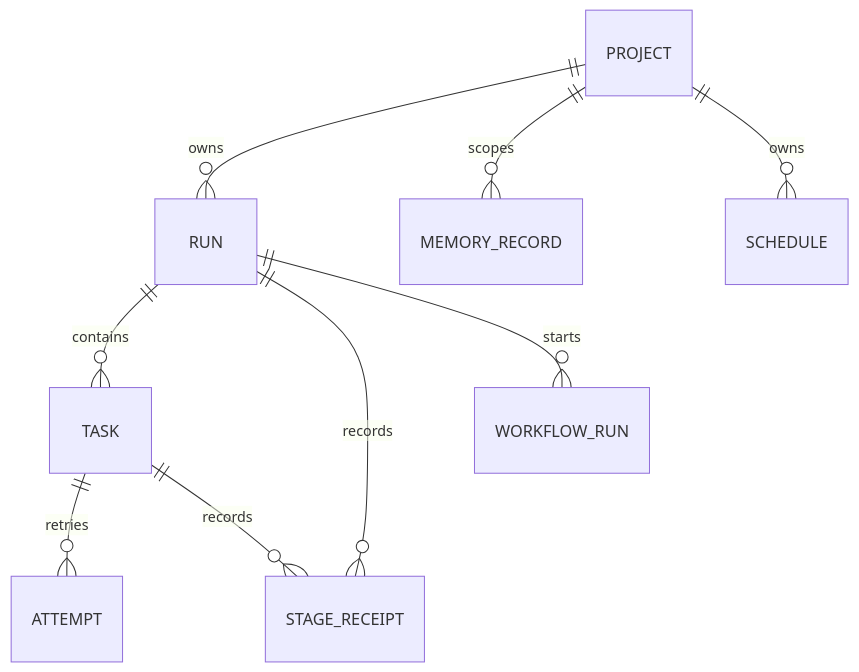
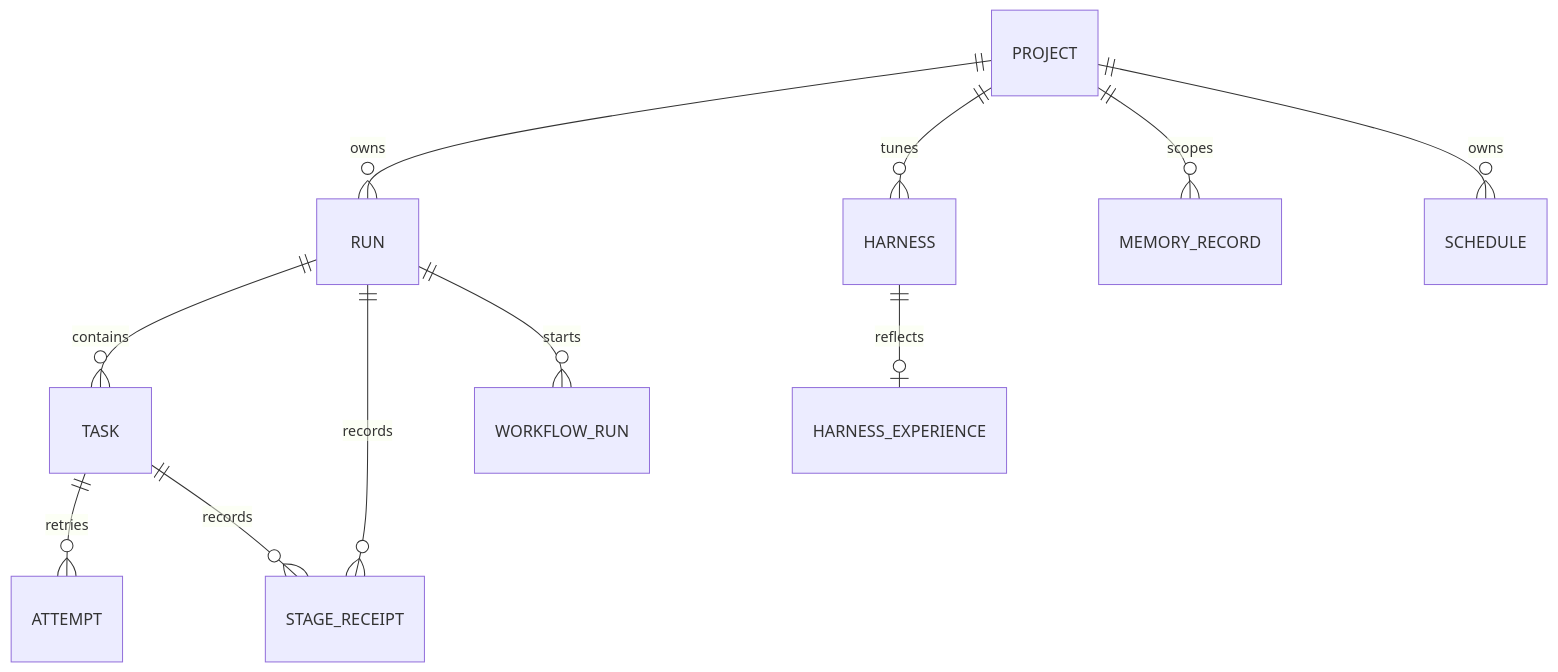
Before and after one commit to VKirill/bb-plugin-lane-pilot: the diagram in docs/data-model.md, drawn with Mermaid. The commit also changed other lines of this file and 15 other files, not shown here.

````diff
--- a/docs/data-model.md
+++ b/docs/data-model.md
@@ -30,11 +31,13 @@
 ```mermaid
 erDiagram
   PROJECT ||--o{ RUN : owns
   RUN ||--o{ TASK : contains
+  PROJECT ||--o{ HARNESS : tunes
+  HARNESS ||--o| HARNESS_EXPERIENCE : reflects
   TASK ||--o{ ATTEMPT : retries
   RUN ||--o{ STAGE_RECEIPT : records
   TASK ||--o{ STAGE_RECEIPT : records
   PROJECT ||--o{ MEMORY_RECORD : scopes
   PROJECT ||--o{ SCHEDULE : owns
   RUN ||--o{ WORKFLOW_RUN : starts
 ```
````
